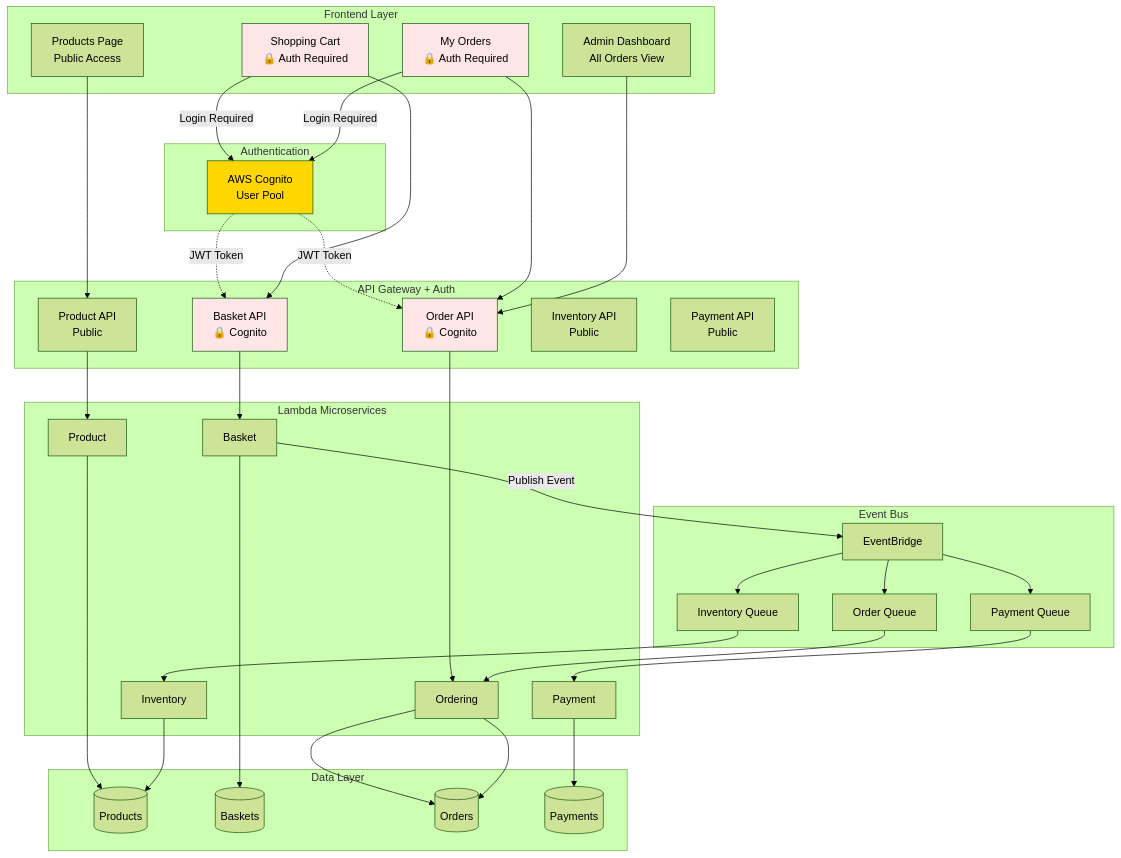
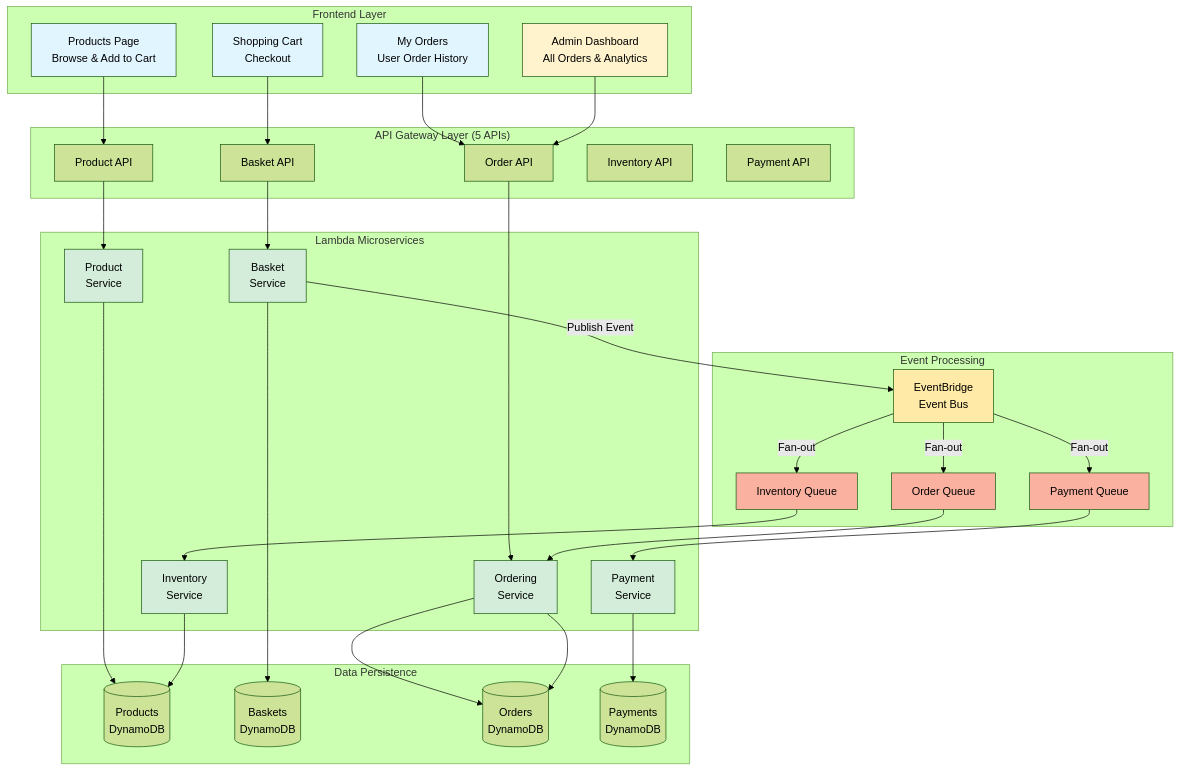
Before and after one commit to yarinacs/CS6200final_project: the first of 2 diagrams in README.md, drawn with Mermaid (forest theme). The commit also changed other lines of this file, not shown here.

Commit message:
Update README: remove authentication requirements, reflect current architecture

````diff
--- a/README.md
+++ b/README.md
@@ -38,64 +35,67 @@
 ```mermaid
 graph TB
     subgraph "Frontend Layer"
-        UI1[Products Page<br/>Public Access]
-        UI2[Shopping Cart<br/>🔒 Auth Required]
-        UI3[My Orders<br/>🔒 Auth Required]
-        UI4[Admin Dashboard<br/>All Orders View]
+        UI1[Products Page<br/>Browse & Add to Cart]
+        UI2[Shopping Cart<br/>Checkout]
+        UI3[My Orders<br/>User Order History]
+        UI4[Admin Dashboard<br/>All Orders & Analytics]
     end
 
-    subgraph "Authentication"
-        COGNITO[AWS Cognito<br/>User Pool]
-    end
-
-    subgraph "API Gateway + Auth"
-        API1[Product API<br/>Public]
-        API2[Basket API<br/>🔒 Cognito]
-        API3[Order API<br/>🔒 Cognito]
-        API4[Inventory API<br/>Public]
-        API5[Payment API<br/>Public]
+    subgraph "API Gateway Layer (5 APIs)"
+        API1[Product API]
+        API2[Basket API]
+        API3[Order API]
+        API4[Inventory API]
+        API5[Payment API]
     end
 
     subgraph "Lambda Microservices"
-        MS1[Product]
-        MS2[Basket]
-        MS3[Ordering]
-        MS4[Inventory]
-        MS5[Payment]
+        MS1[Product<br/>Service]
+        MS2[Basket<br/>Service]
+        MS3[Ordering<br/>Service]
+        MS4[Inventory<br/>Service]
+        MS5[Payment<br/>Service]
     end
 
-    subgraph "Event Bus"
-        EB[EventBridge]
+    subgraph "Event Processing"
+        EB[EventBridge<br/>Event Bus]
         SQ1[Order Queue]
         SQ2[Inventory Queue]
         SQ3[Payment Queue]
     end
 
-    subgraph "Data Layer"
-        DB1[(Products)]
-        DB2[(Baskets)]
-        DB3[(Orders)]
-        DB4[(Payments)]
+    subgraph "Data Persistence"
+        DB1[(Products<br/>DynamoDB)]
+        DB2[(Baskets<br/>DynamoDB)]
+        DB3[(Orders<br/>DynamoDB)]
+        DB4[(Payments<br/>DynamoDB)]
     end
 
-    UI2 -->|Login Required| COGNITO
-    UI3 -->|Login Required| COGNITO
-    COGNITO -.->|JWT Token| API2
-    COGNITO -.->|JWT Token| API3
-    
     UI1 --> API1 --> MS1 --> DB1
     UI2 --> API2 --> MS2 --> DB2
     UI3 --> API3 --> MS3 --> DB3
     UI4 --> API3
     
     MS2 -->|Publish Event| EB
-    EB --> SQ1 --> MS3 --> DB3
-    EB --> SQ2 --> MS4 --> DB1
-    EB --> SQ3 --> MS5 --> DB4
+    EB -->|Fan-out| SQ1
+    EB -->|Fan-out| SQ2
+    EB -->|Fan-out| SQ3
+    
+    SQ1 --> MS3 --> DB3
+    SQ2 --> MS4 --> DB1
+    SQ3 --> MS5 --> DB4
 
-    style UI2 fill:#ffe6e6
-    style UI3 fill:#ffe6e6
-    style API2 fill:#ffe6e6
-    style API3 fill:#ffe6e6
-    style COGNITO fill:#ffd700
+    style UI1 fill:#e1f5ff
+    style UI2 fill:#e1f5ff
+    style UI3 fill:#e1f5ff
+    style UI4 fill:#fff3cd
+    style MS1 fill:#d4edda
+    style MS2 fill:#d4edda
+    style MS3 fill:#d4edda
+    style MS4 fill:#d4edda
+    style MS5 fill:#d4edda
+    style EB fill:#ffeaa7
+    style SQ1 fill:#fab1a0
+    style SQ2 fill:#fab1a0
+    style SQ3 fill:#fab1a0
 ```
````
